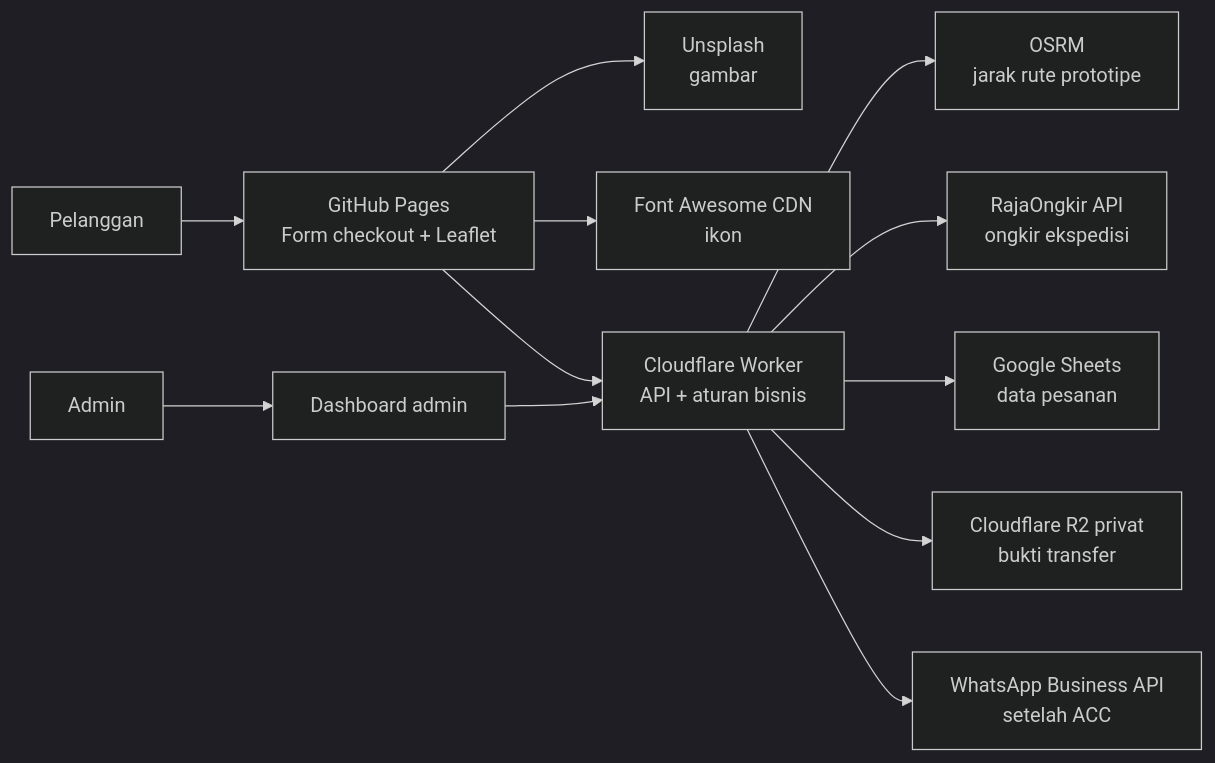
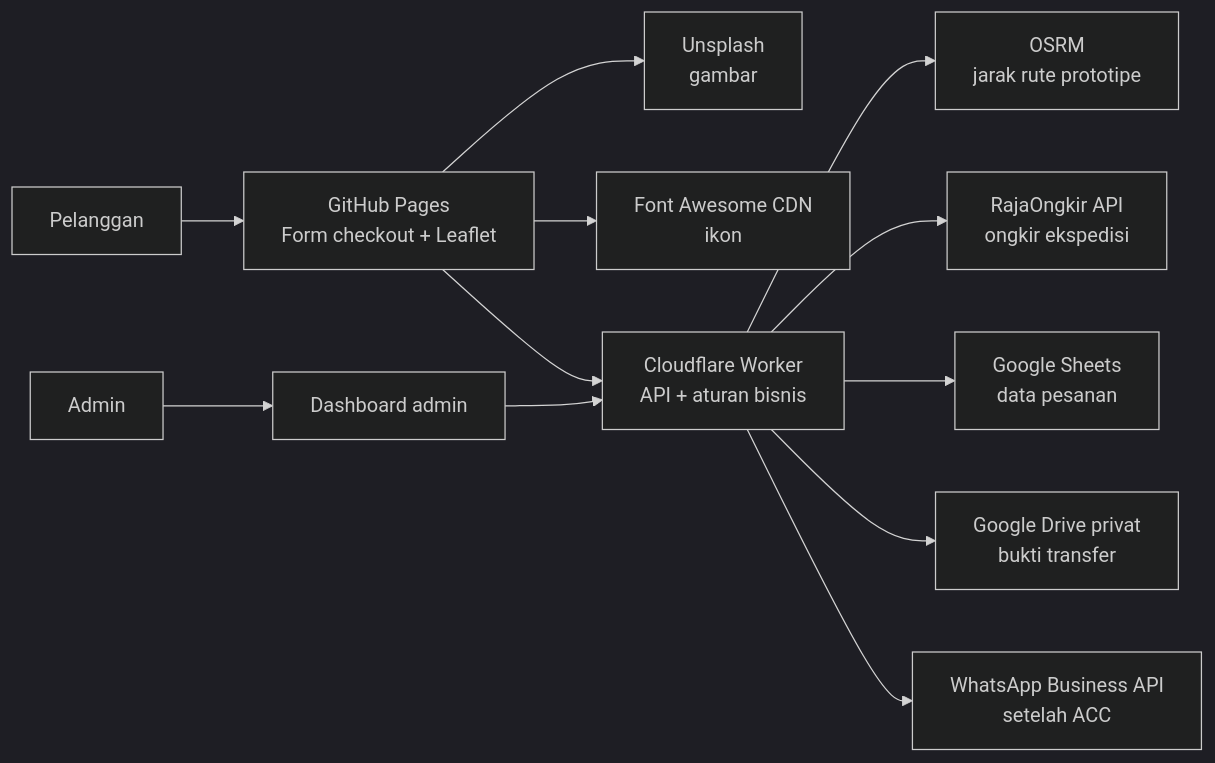
The diagram in pemesanan/docs/architecture.md (ajielt7/ajielt7.github.io), drawn with Mermaid (dark theme) before and after one commit. The commit also changed other lines of this file, not shown here.

````diff
--- a/pemesanan/docs/architecture.md
+++ b/pemesanan/docs/architecture.md
@@ -7,14 +7,14 @@
 ```mermaid
 flowchart LR
   Customer[Pelanggan] --> Pages[GitHub Pages<br/>Form checkout + Leaflet]
   Pages --> Unsplash[Unsplash<br/>gambar]
   Pages --> FA[Font Awesome CDN<br/>ikon]
   Pages --> Worker[Cloudflare Worker<br/>API + aturan bisnis]
   Worker --> OSRM[OSRM<br/>jarak rute prototipe]
   Worker --> Raja[RajaOngkir API<br/>ongkir ekspedisi]
   Worker --> Sheets[Google Sheets<br/>data pesanan]
-  Worker --> R2[Cloudflare R2 privat<br/>bukti transfer]
+  Worker --> Drive[Google Drive privat<br/>bukti transfer]
   Admin[Admin] --> Dashboard[Dashboard admin]
   Dashboard --> Worker
   Worker --> WA[WhatsApp Business API<br/>setelah ACC]
 ```
````
